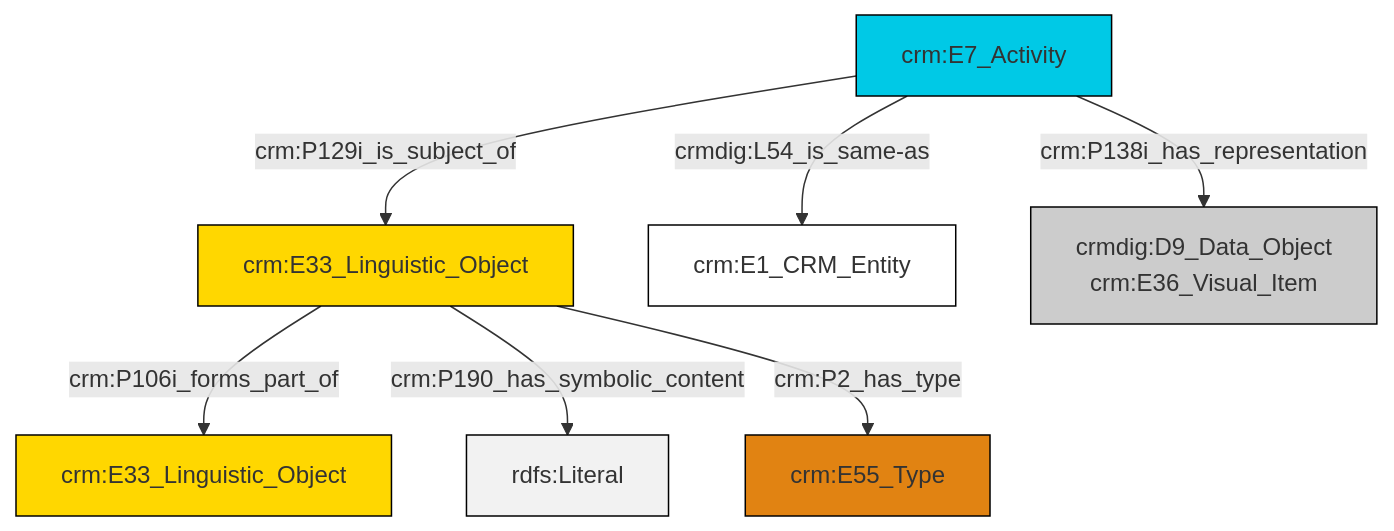
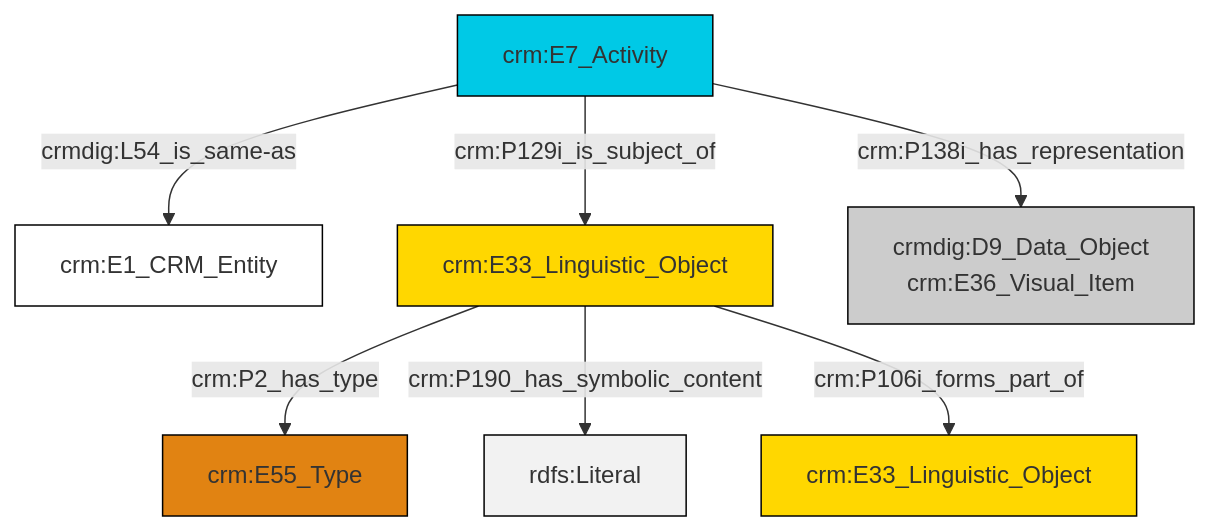
One commit to swiss-art-research-net/docs.swissartresearch changed the diagram in et/eventCSV/ttl/mmd/event_documentation.ttl.mmd. Above: the diagram before and after it, drawn with Mermaid. The commit also changed 204 other files, not shown here.

```diff
--- a/et/eventCSV/ttl/mmd/event_documentation.ttl.mmd
+++ b/et/eventCSV/ttl/mmd/event_documentation.ttl.mmd
@@ -1,21 +1,21 @@
 graph TD
 classDef Literal fill:#f2f2f2,stroke:#000000;
 classDef CRM_Entity fill:#FFFFFF,stroke:#000000;
 classDef Temporal_Entity fill:#00C9E6, stroke:#000000;
 classDef Type fill:#E18312, stroke:#000000;
 classDef Time-Span fill:#2C9C91, stroke:#000000;
 classDef Appellation fill:#FFEB7F, stroke:#000000;
 classDef Place fill:#008836, stroke:#000000;
 classDef Persistent_Item fill:#B266B2, stroke:#000000;
 classDef Conceptual_Object fill:#FFD700, stroke:#000000;
 classDef Physical_Thing fill:#D2B48C, stroke:#000000;
 classDef Actor fill:#f58aad, stroke:#000000;
 classDef PC_Classes fill:#4ce600, stroke:#000000;
 classDef Multi fill:#cccccc,stroke:#000000;
 
-0["crm:E33_Linguistic_Object"]:::Conceptual_Object -->|crm:P106i_forms_part_of| 1["crm:E33_Linguistic_Object"]:::Conceptual_Object
-4["crm:E7_Activity"]:::Temporal_Entity -->|crmdig:L54_is_same-as| 5["crm:E1_CRM_Entity"]:::CRM_Entity
-4["crm:E7_Activity"]:::Temporal_Entity -->|crm:P138i_has_representation| 6["crmdig:D9_Data_Object<br>crm:E36_Visual_Item"]:::Multi
-0["crm:E33_Linguistic_Object"]:::Conceptual_Object -->|crm:P190_has_symbolic_content| 10[rdfs:Literal]:::Literal
-4["crm:E7_Activity"]:::Temporal_Entity -->|crm:P129i_is_subject_of| 0["crm:E33_Linguistic_Object"]:::Conceptual_Object
-0["crm:E33_Linguistic_Object"]:::Conceptual_Object -->|crm:P2_has_type| 2["crm:E55_Type"]:::Type
+4["crm:E33_Linguistic_Object"]:::Conceptual_Object -->|crm:P2_has_type| 2["crm:E55_Type"]:::Type
+7["crm:E7_Activity"]:::Temporal_Entity -->|crm:P129i_is_subject_of| 4["crm:E33_Linguistic_Object"]:::Conceptual_Object
+7["crm:E7_Activity"]:::Temporal_Entity -->|crmdig:L54_is_same-as| 0["crm:E1_CRM_Entity"]:::CRM_Entity
+4["crm:E33_Linguistic_Object"]:::Conceptual_Object -->|crm:P190_has_symbolic_content| 9[rdfs:Literal]:::Literal
+7["crm:E7_Activity"]:::Temporal_Entity -->|crm:P138i_has_representation| 10["crmdig:D9_Data_Object<br>crm:E36_Visual_Item"]:::Multi
+4["crm:E33_Linguistic_Object"]:::Conceptual_Object -->|crm:P106i_forms_part_of| 5["crm:E33_Linguistic_Object"]:::Conceptual_Object
```
